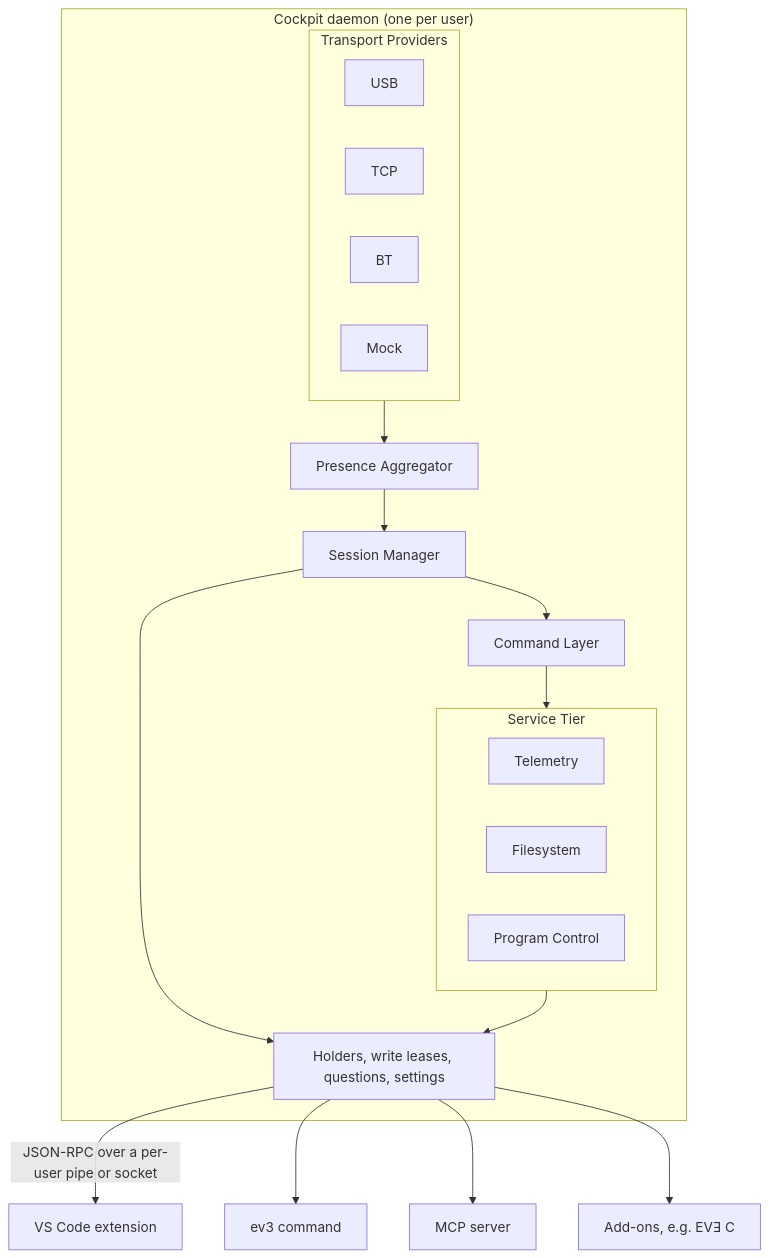
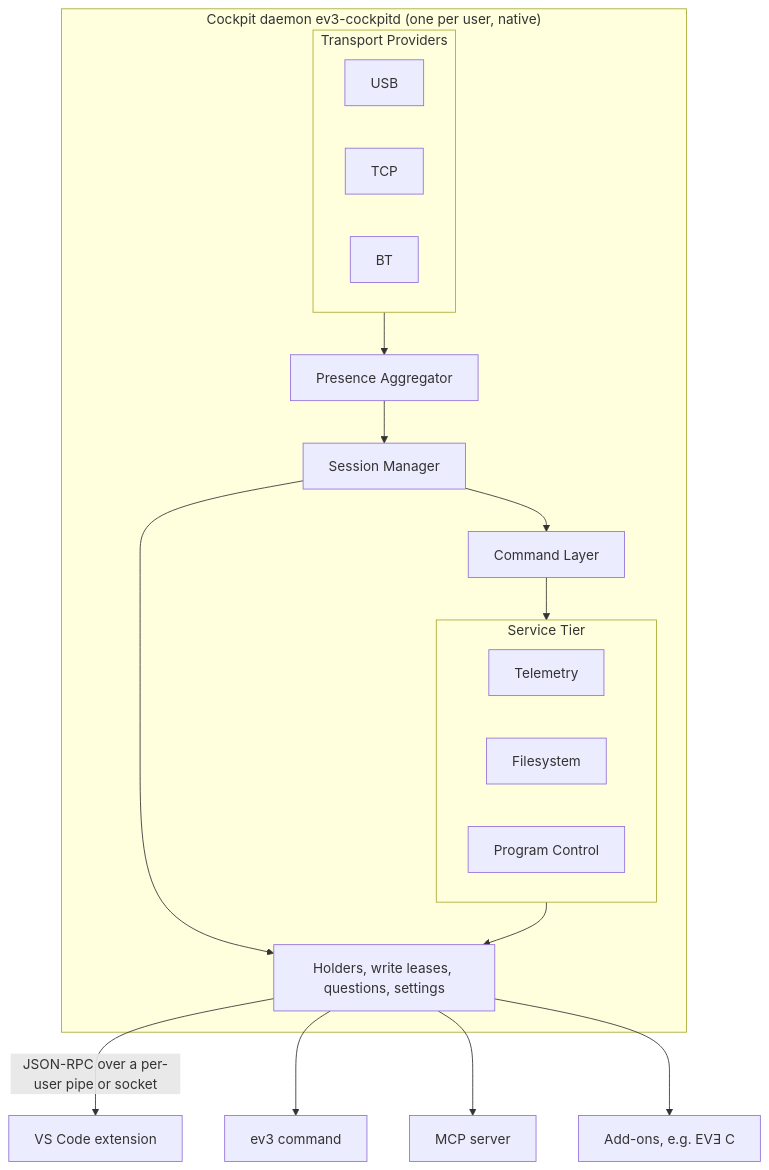
Before and after one commit to 99LevelsUp/ev3-cockpit: the diagram in README.md, drawn with Mermaid. The commit also changed other lines of this file and 36 other files, not shown here.

First line of the commit message:
docs: the documents describe the native daemon after the switch

````diff
--- a/README.md
+++ b/README.md
@@ -55,31 +56,30 @@
 ```mermaid
 graph TD
-    subgraph Daemon["Cockpit daemon (one per user)"]
+    subgraph Daemon["Cockpit daemon ev3-cockpitd (one per user, native)"]
         subgraph Providers["Transport Providers"]
             PU[USB]
             PT[TCP]
             PB[BT]
-            PM[Mock]
         end
         PA[Presence Aggregator]
         SM[Session Manager]
         CMD[Command Layer]
         subgraph Services["Service Tier"]
             TM[Telemetry]
             FS[Filesystem]
             PC[Program Control]
         end
         SRV[Holders, write leases, questions, settings]
     end
 
     Providers --> PA
     PA --> SM
     SM --> CMD
     CMD --> Services
     Services --> SRV
     SM --> SRV
     SRV -->|JSON-RPC over a per-user pipe or socket| VS[VS Code extension]
     SRV --> CLI[ev3 command]
     SRV --> MCP[MCP server]
     SRV --> ADD[Add-ons, e.g. EVƎ C]
 ```
````
